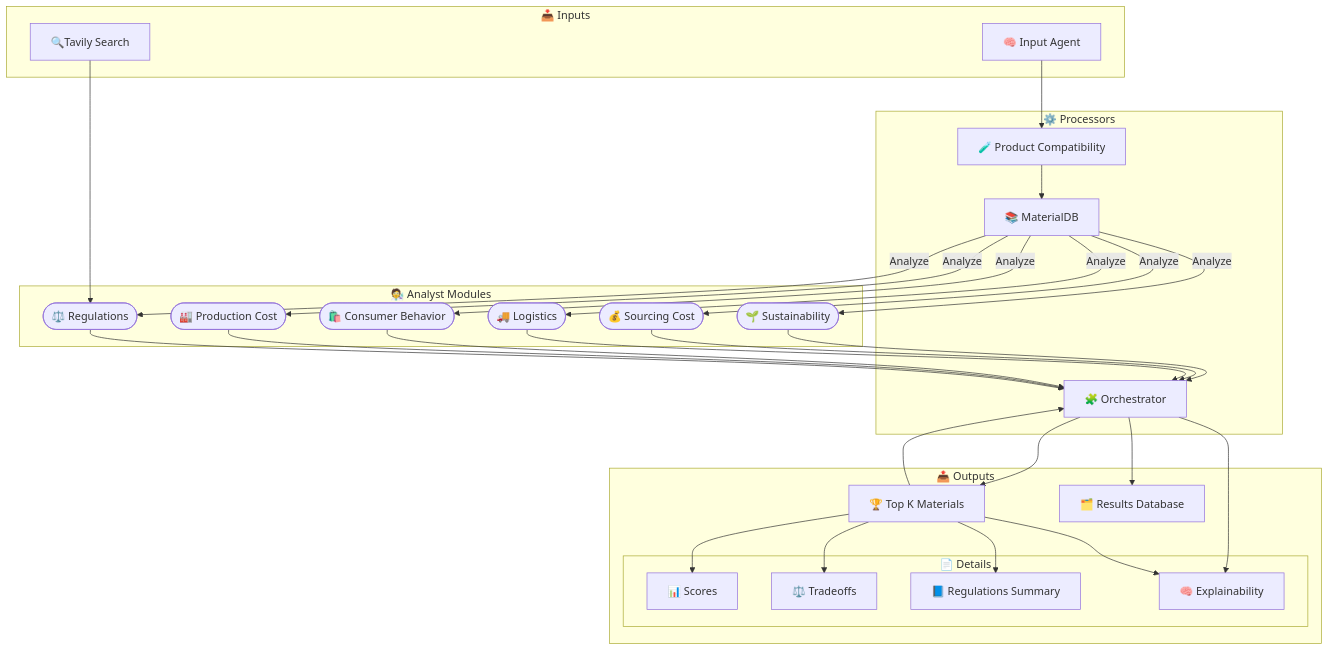
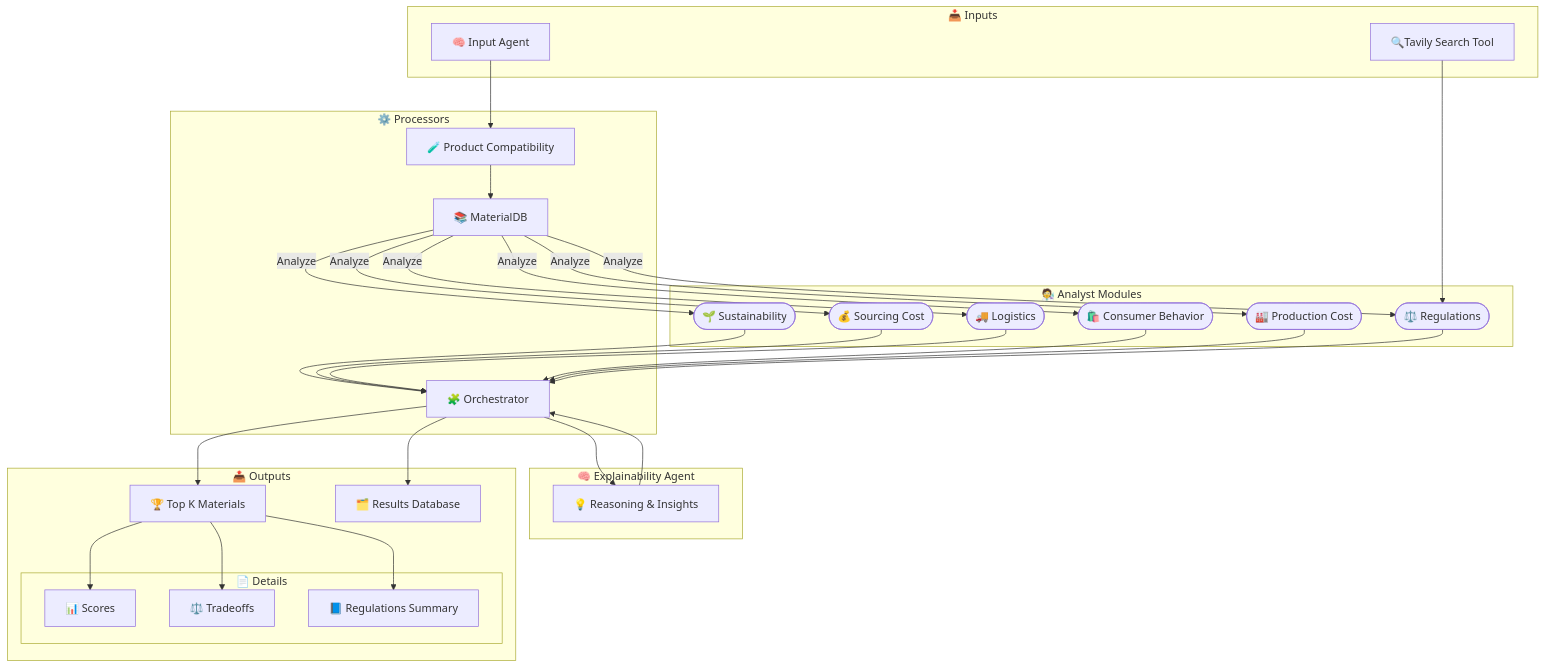
The diagram in README.md (codegeek03/Blue_Yonder_Sustainable_Packaging_Challenge), drawn with Mermaid before and after one commit.

````diff
--- a/README.md
+++ b/README.md
@@ -9,58 +9,70 @@
 ```mermaid
 ---
 config:
   layout: dagre
 ---
 flowchart TD
 
   %% Input Sources
   subgraph Inputs["📥 Inputs"]
     Z["🧠 Input Agent"]
-    WikiSearch["🔍Tavily Search"]
+    WikiSearch["🔍Tavily Search Tool"]
   end
 
   %% Analyst Group
   subgraph Analyst_Group["🧑‍🔬 Analyst Modules"]
     C(["🌱 Sustainability"])
     D(["💰 Sourcing Cost"])
     E(["🚚 Logistics"])
     F(["🛍️ Consumer Behavior"])
     R(["⚖️ Regulations"])
     P(["🏭 Production Cost"])
   end
 
   %% Processing Units
   subgraph Processors["⚙️ Processors"]
     A["🧪 Product Compatibility"]
     B["📚 MaterialDB"]
     G["🧩 Orchestrator"]
   end
 
+  %% Explainability & Reasoning
+  subgraph Explainability["🧠 Explainability Agent"]
+    EX["💡 Reasoning & Insights"]
+  end
+
   %% Output Results
   subgraph Outputs["📤 Outputs"]
     H["🏆 Top K Materials"]
     subgraph Details["📄 Details"]
       Scores["📊 Scores"]
       Tradeoffs["⚖️ Tradeoffs"]
       RegNotes["📘 Regulations Summary"]
-      EX["🧠 Explainability"]
     end
     ResultsDB["🗂️ Results Database"]
   end
 
   %% Data Flow
   Z --> A
   A --> B
   WikiSearch --> R
   B -- Analyze --> C & D & E & F & R & P
   C --> G
   D --> G
   E --> G
   F --> G
   P --> G
   R --> G
-  G --> H & ResultsDB & EX
-  H --> G
-  H --> Scores & Tradeoffs & RegNotes & EX
+
+  %% Orchestration to outputs and explainability
+  G --> H
+  G --> ResultsDB
+  G --> EX
+
+  %% Details flow
+  H --> Scores & Tradeoffs & RegNotes
+
+  %% Explainability feedback loop
+  EX --> G
 
 ```
````
